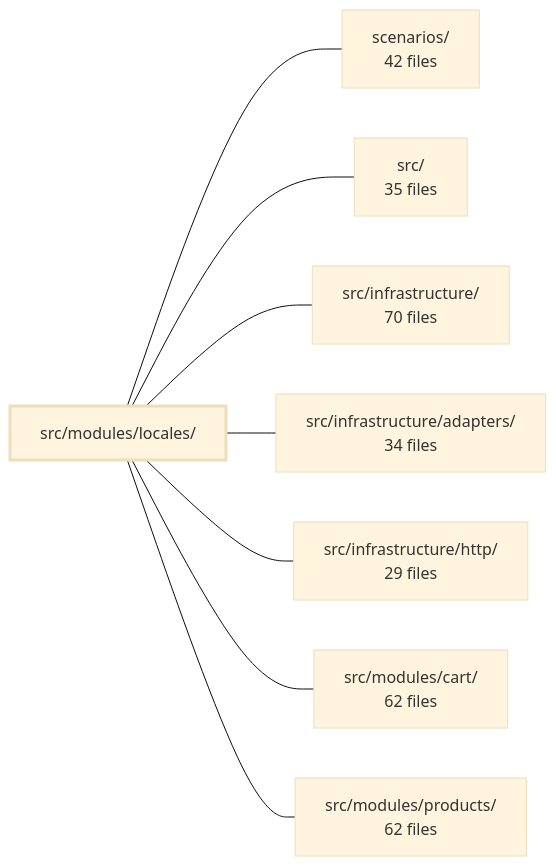
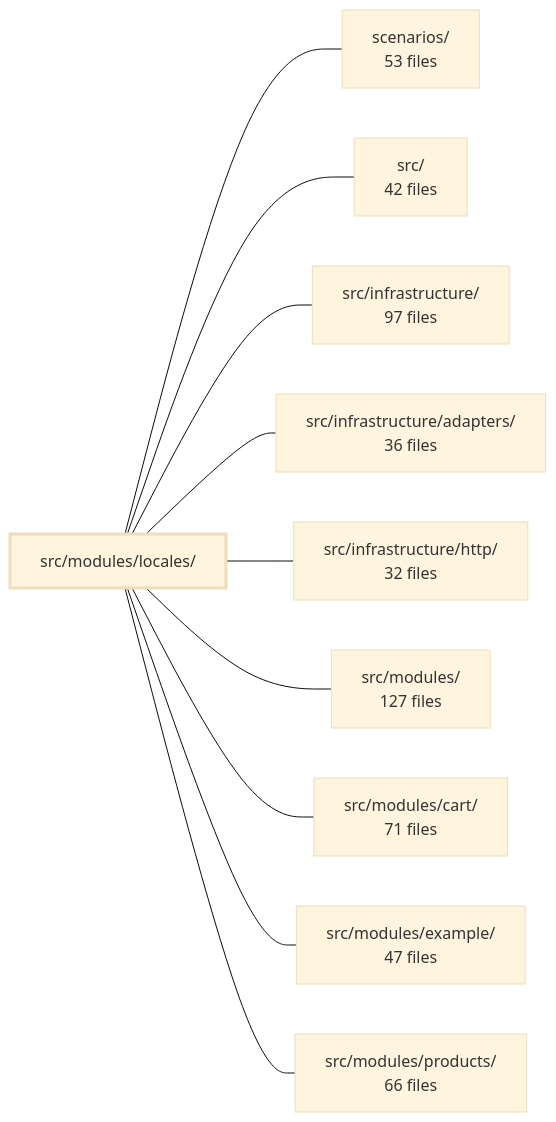
One commit to Guebbit/boilerplate-node-backend changed the diagram in .2brain/modules/boilerplate-node-backend_src_modules_locales.md. Above: the diagram before and after it, drawn with Mermaid (base theme). The commit also changed other lines of this file and 1775 other files, not shown here.

````diff
--- a/.2brain/modules/boilerplate-node-backend_src_modules_locales.md
+++ b/.2brain/modules/boilerplate-node-backend_src_modules_locales.md
@@ -40,19 +42,23 @@
 ```mermaid
 flowchart LR
     m_src_modules_locales["src/modules/locales/"]
-    m_scenarios["scenarios/<br/>42 files"]
-    m_src["src/<br/>35 files"]
-    m_src_infrastructure["src/infrastructure/<br/>70 files"]
-    m_src_infrastructure_adapters["src/infrastructure/adapters/<br/>34 files"]
-    m_src_infrastructure_http["src/infrastructure/http/<br/>29 files"]
-    m_src_modules_cart["src/modules/cart/<br/>62 files"]
-    m_src_modules_products["src/modules/products/<br/>62 files"]
+    m_scenarios["scenarios/<br/>53 files"]
+    m_src["src/<br/>42 files"]
+    m_src_infrastructure["src/infrastructure/<br/>97 files"]
+    m_src_infrastructure_adapters["src/infrastructure/adapters/<br/>36 files"]
+    m_src_infrastructure_http["src/infrastructure/http/<br/>32 files"]
+    m_src_modules["src/modules/<br/>127 files"]
+    m_src_modules_cart["src/modules/cart/<br/>71 files"]
+    m_src_modules_example["src/modules/example/<br/>47 files"]
+    m_src_modules_products["src/modules/products/<br/>66 files"]
     m_src_modules_locales --- m_scenarios
     m_src_modules_locales --- m_src
     m_src_modules_locales --- m_src_infrastructure
     m_src_modules_locales --- m_src_infrastructure_adapters
     m_src_modules_locales --- m_src_infrastructure_http
+    m_src_modules_locales --- m_src_modules
     m_src_modules_locales --- m_src_modules_cart
+    m_src_modules_locales --- m_src_modules_example
     m_src_modules_locales --- m_src_modules_products
     style m_src_modules_locales stroke-width:3px
 ```
````
